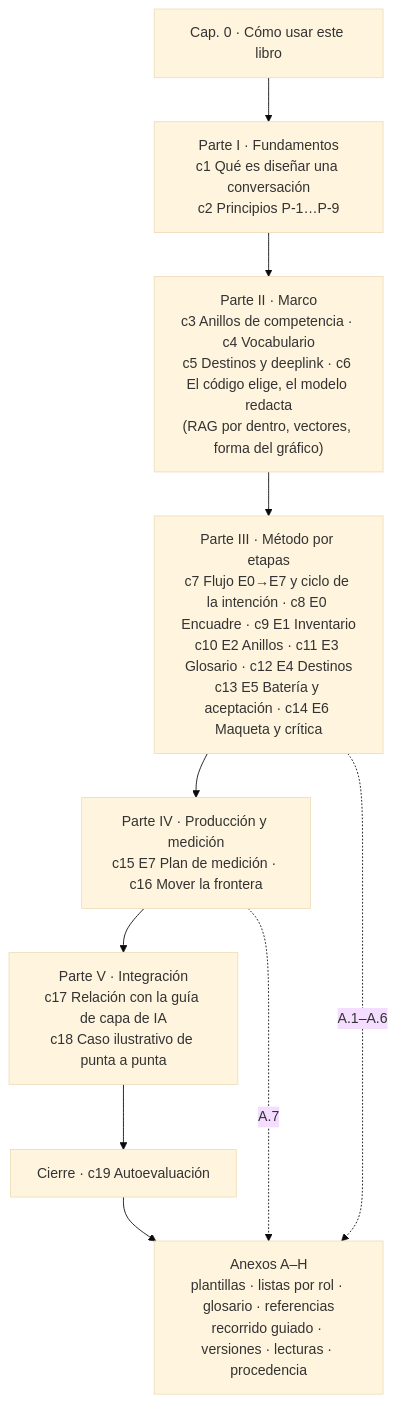
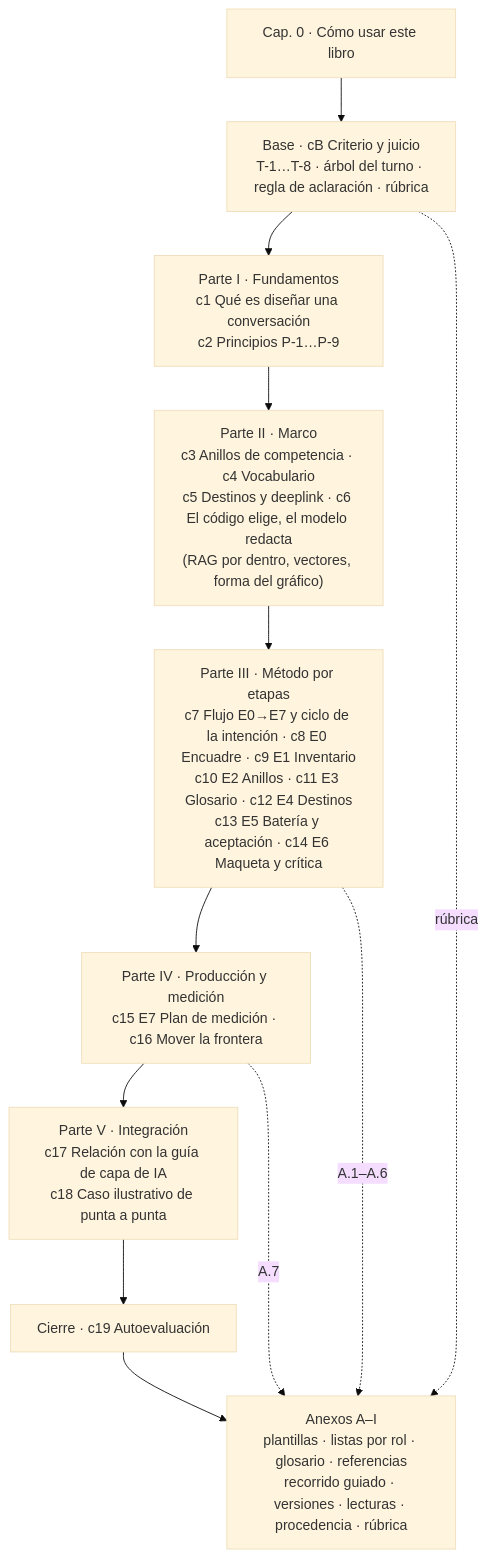
Before and after one commit to hdcm-dev/Lab-Documentos: the first of 27 diagrams in Guides/IA/Dot-Net-Integration-AI-Layer-Guide/Conversational-Design-Framework-Guide.md, drawn with Mermaid (base theme). The commit also changed other lines of this file and 6 other files, not shown here.

First line of the commit message:
docs(diseño conversacional): base «Criterio y juicio» y marco normativo del turno en K5

````diff
--- a/Guides/IA/Dot-Net-Integration-AI-Layer-Guide/Conversational-Design-Framework-Guide.md
+++ b/Guides/IA/Dot-Net-Integration-AI-Layer-Guide/Conversational-Design-Framework-Guide.md
@@ -37,12 +37,14 @@
 ```mermaid
 flowchart TD
-  P0["Cap. 0 · Cómo usar este libro"] --> I["Parte I · Fundamentos<br/>c1 Qué es diseñar una conversación<br/>c2 Principios P-1…P-9"]
+  P0["Cap. 0 · Cómo usar este libro"] --> B["Base · cB Criterio y juicio<br/>T-1…T-8 · árbol del turno · regla de aclaración · rúbrica"]
+  B --> I["Parte I · Fundamentos<br/>c1 Qué es diseñar una conversación<br/>c2 Principios P-1…P-9"]
   I --> II["Parte II · Marco<br/>c3 Anillos de competencia · c4 Vocabulario<br/>c5 Destinos y deeplink · c6 El código elige, el modelo redacta<br/>(RAG por dentro, vectores, forma del gráfico)"]
   II --> III["Parte III · Método por etapas<br/>c7 Flujo E0→E7 y ciclo de la intención · c8 E0 Encuadre · c9 E1 Inventario<br/>c10 E2 Anillos · c11 E3 Glosario · c12 E4 Destinos<br/>c13 E5 Batería y aceptación · c14 E6 Maqueta y crítica"]
   III --> IV["Parte IV · Producción y medición<br/>c15 E7 Plan de medición · c16 Mover la frontera"]
   IV --> V["Parte V · Integración<br/>c17 Relación con la guía de capa de IA<br/>c18 Caso ilustrativo de punta a punta"]
   V --> C["Cierre · c19 Autoevaluación"]
-  C --> AN["Anexos A–H<br/>plantillas · listas por rol · glosario · referencias<br/>recorrido guiado · versiones · lecturas · procedencia"]
+  C --> AN["Anexos A–I<br/>plantillas · listas por rol · glosario · referencias<br/>recorrido guiado · versiones · lecturas · procedencia · rúbrica"]
+  B -.->|rúbrica| AN
   III -.->|A.1–A.6| AN
   IV -.->|A.7| AN
 ```
````
